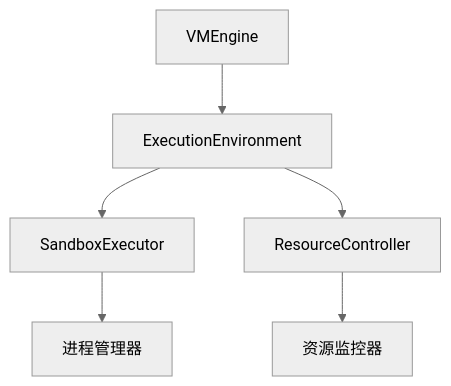
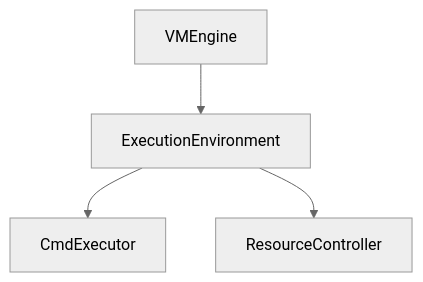
Before and after one commit to lengzhao/vm: the third of 3 diagrams in docs/detailed_design/execution_environment_detailed_design.md, drawn with Mermaid (neutral theme). The commit also changed other lines of this file and 12 other files, not shown here.

````diff
--- a/docs/detailed_design/execution_environment_detailed_design.md
+++ b/docs/detailed_design/execution_environment_detailed_design.md
@@ -420,8 +342,6 @@
 ```mermaid
 graph TD
 A[VMEngine] --> B[ExecutionEnvironment]
-B --> C[SandboxExecutor]
+B --> C[CmdExecutor]
 B --> D[ResourceController]
-C --> E[进程管理器]
-D --> F[资源监控器]
 ```
````
